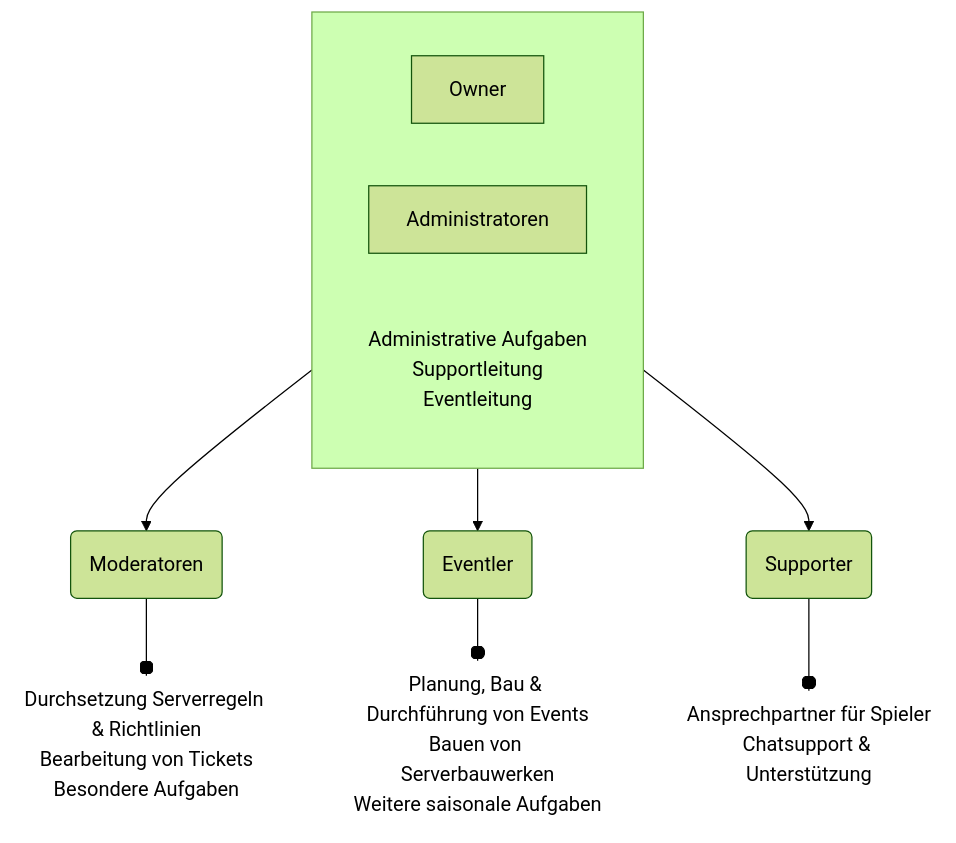
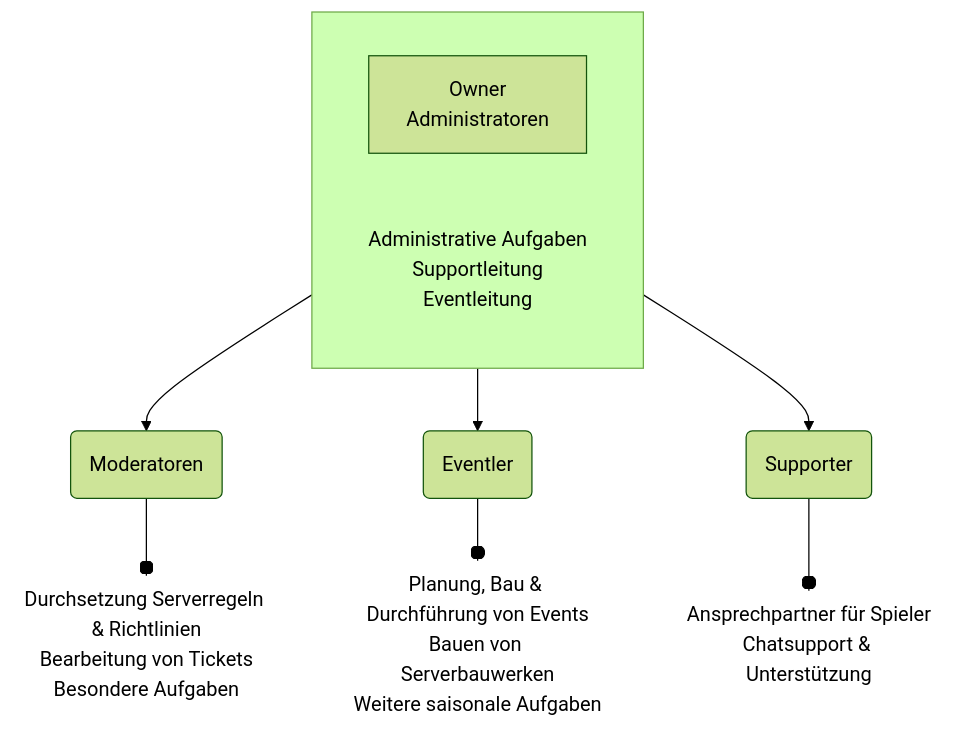
One commit to OpenMC-Server/Wiki changed the diagram in allgemeines/serverteam.md. Above: the diagram before and after it, drawn with Mermaid.

Commit message:
Update file serverteam.md

````diff
--- a/allgemeines/serverteam.md
+++ b/allgemeines/serverteam.md
@@ -107,22 +107,24 @@
 ```mermaid
 %%{init: { 'theme': 'forest' }}%%
 flowchart TB
  subgraph s2["<br>"]
-        n3["Owner"]
-        n5["Administratoren"]
+        n3["Owner<br>Administratoren"]
         n9@{ label: "<span style=\"color:\">Administrative Aufgaben</span><br style=\"--tw-scale-x:\"><span style=\"color:\">Supportleitung</span><br style=\"--tw-scale-x:\"><span style=\"color:\">Eventleitung</span>" }
   end
     s2 --> D["Moderatoren"]
     s2 L_s2_B_0@-- <br> --> B("Eventler") & E["Supporter"]
     E --o n7["Ansprechpartner für Spieler<br>Chatsupport &amp; Unterstützung"]
     B --o n6["Planung, Bau &amp; Durchführung von Events<br>Bauen von Serverbauwerken<br>Weitere saisonale Aufgaben"]
     D --o n8["Durchsetzung Serverregeln &amp; Richtlinien<br>Bearbeitung von Tickets<br>Besondere Aufgaben"]
-    n5@{ shape: rect}
+    n9@{ shape: text}
     D@{ shape: rounded}
     E@{ shape: rounded}
     n7@{ shape: text}
     n6@{ shape: text}
     n8@{ shape: text}
-    n9@{ shape: text}
+    click n3 "https://wiki.openmc.net/allgemeines/serverteam/#owner-1"
+    click D "https://wiki.openmc.net/allgemeines/serverteam/#moderatoren-1"
+    click B "https://wiki.openmc.net/allgemeines/serverteam/#eventler-1"
+    click E "https://wiki.openmc.net/allgemeines/serverteam/#supporter-1"
     L_s2_B_0@{ animation: none }
 ```
````
